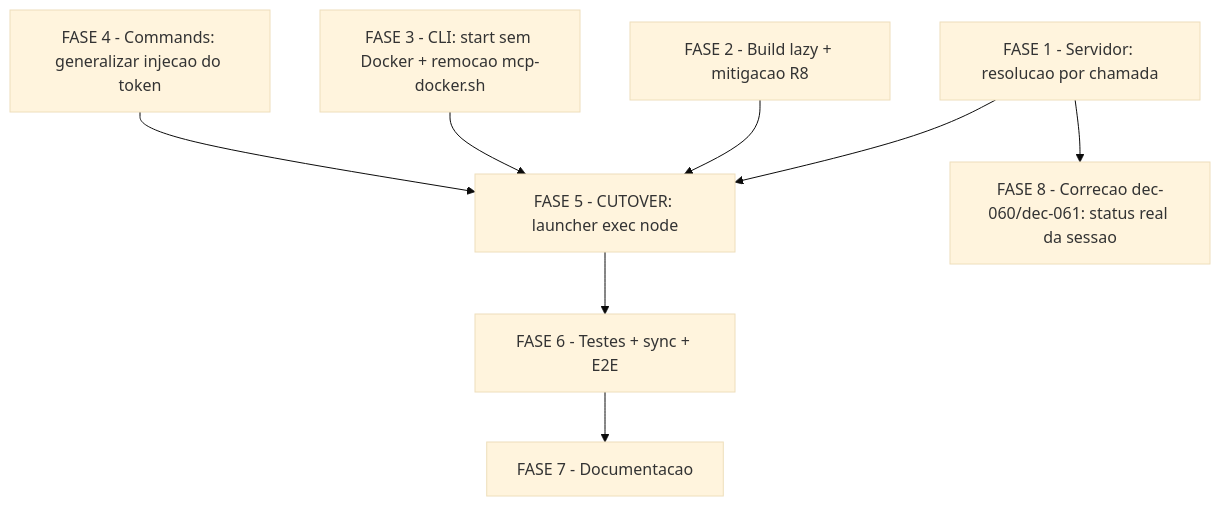
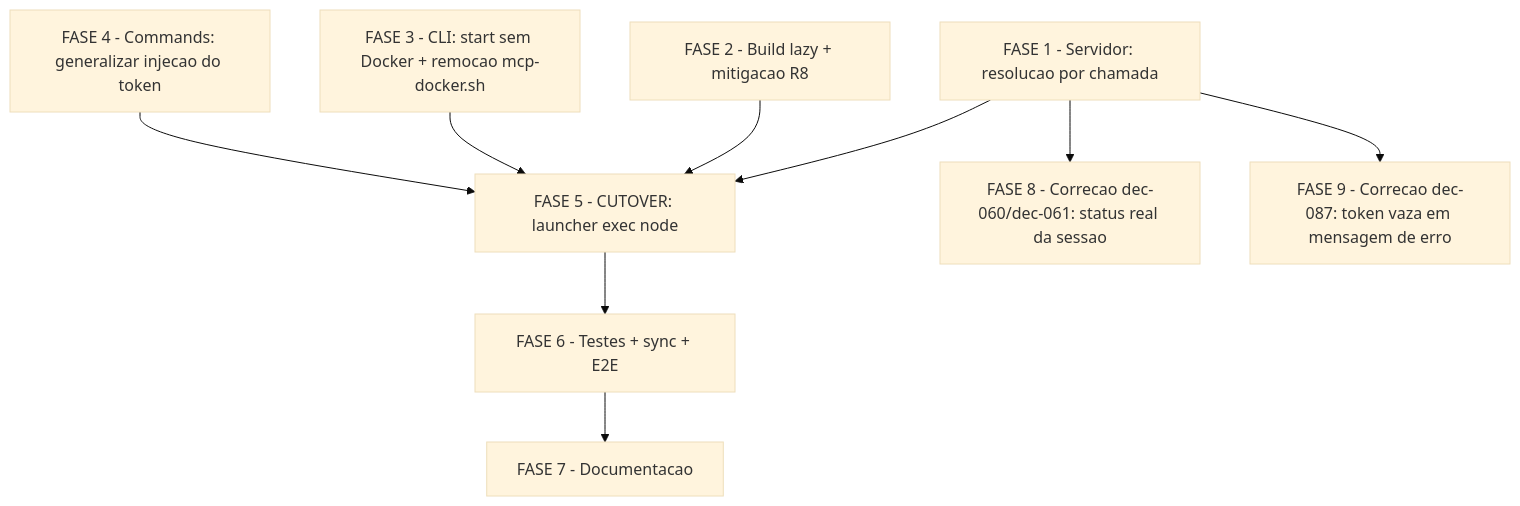
One commit to JotJunior/cstk changed the diagram in docs/specs/mcp-direct-transport/tasks.md. Above: the diagram before and after it, drawn with Mermaid (base theme). The commit also changed other lines of this file and 3 other files, not shown here.

````diff
--- a/docs/specs/mcp-direct-transport/tasks.md
+++ b/docs/specs/mcp-direct-transport/tasks.md
@@ -307,19 +335,21 @@
 ```mermaid
 flowchart TD
     F1[FASE 1 - Servidor: resolucao por chamada]
     F2[FASE 2 - Build lazy + mitigacao R8]
     F3[FASE 3 - CLI: start sem Docker + remocao mcp-docker.sh]
     F4[FASE 4 - Commands: generalizar injecao do token]
     F5[FASE 5 - CUTOVER: launcher exec node]
     F6[FASE 6 - Testes + sync + E2E]
     F7[FASE 7 - Documentacao]
     F8[FASE 8 - Correcao dec-060/dec-061: status real da sessao]
+    F9[FASE 9 - Correcao dec-087: token vaza em mensagem de erro]
 
     F1 --> F5
     F2 --> F5
     F3 --> F5
     F4 --> F5
     F5 --> F6
     F6 --> F7
     F1 --> F8
+    F1 --> F9
 ```
````
